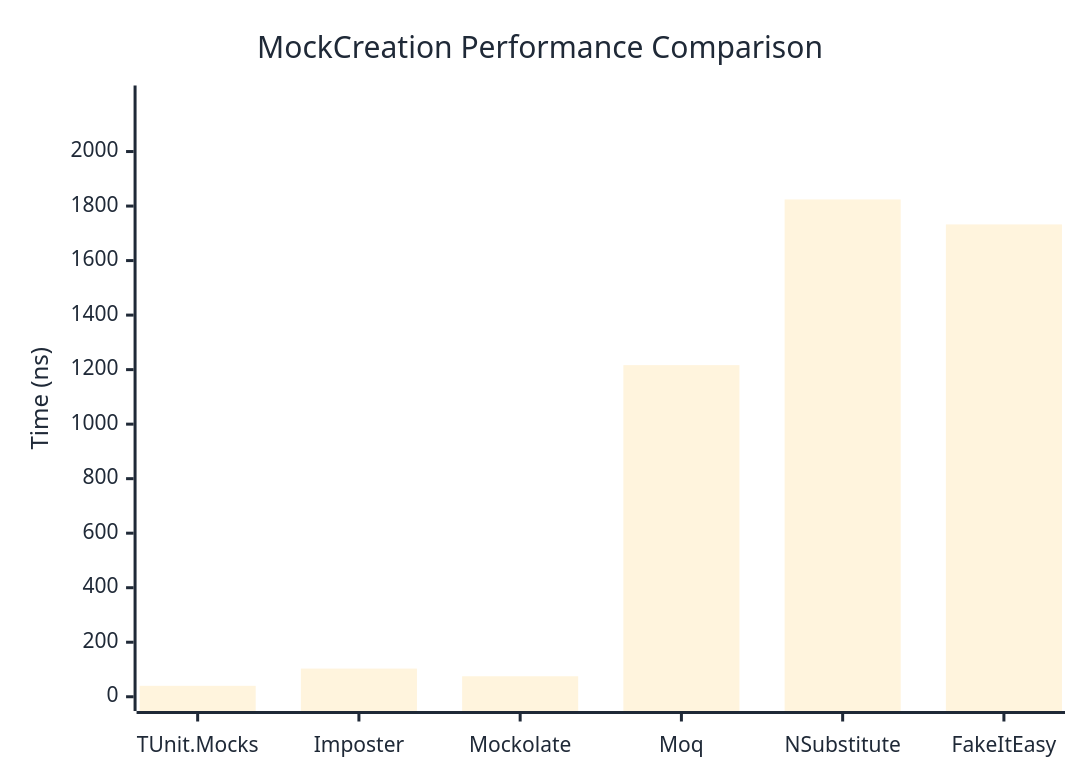
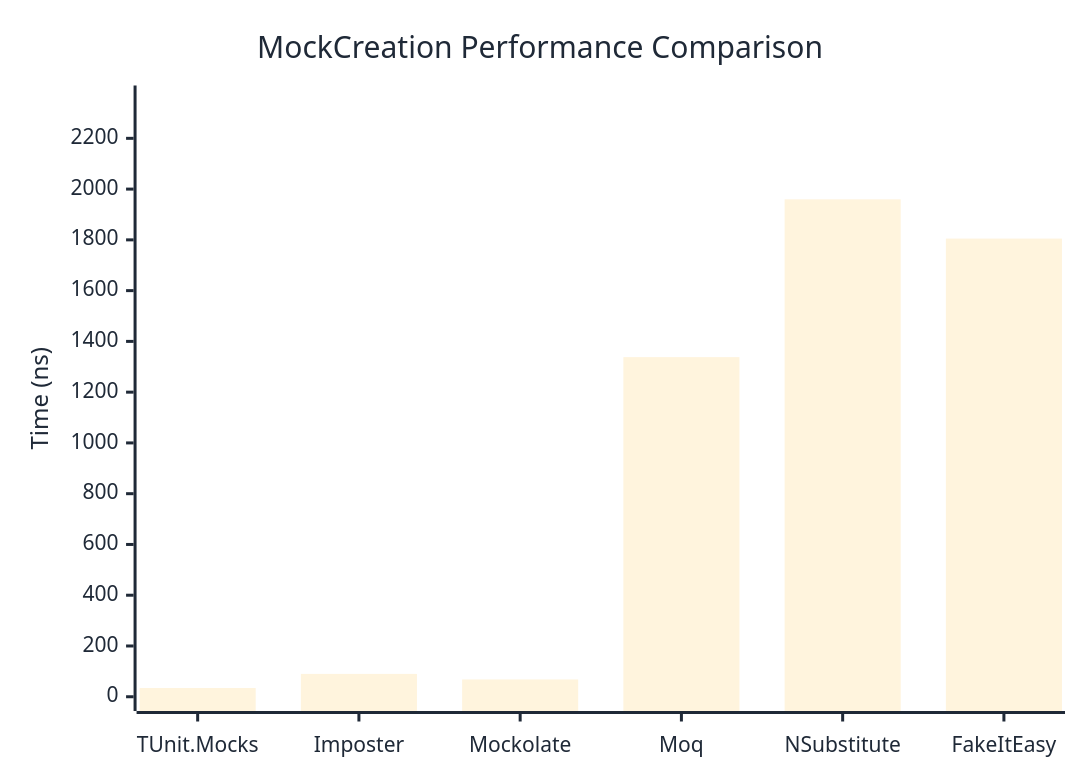
The first of 2 diagrams in docs/docs/benchmarks/mocks/MockCreation.md (thomhurst/TUnit), drawn with Mermaid before and after one commit. The commit also changed other lines of this file and 14 other files, not shown here.

````diff
--- a/docs/docs/benchmarks/mocks/MockCreation.md
+++ b/docs/docs/benchmarks/mocks/MockCreation.md
@@ -28,27 +28,27 @@
 ```mermaid
 %%{init: {
   'theme':'base',
   'themeVariables': {
     'primaryColor': '#2563eb',
     'primaryTextColor': '#1f2937',
     'primaryBorderColor': '#1e40af',
     'lineColor': '#6b7280',
     'secondaryColor': '#7c3aed',
     'tertiaryColor': '#dc2626',
     'background': '#ffffff',
     'pie1': '#2563eb',
     'pie2': '#7c3aed',
     'pie3': '#dc2626',
     'pie4': '#f59e0b',
     'pie5': '#10b981',
     'pie6': '#06b6d4',
     'pie7': '#ec4899',
     'pie8': '#6366f1'
   }
 }}%%
 xychart-beta
   title "MockCreation Performance Comparison"
   x-axis ["TUnit.Mocks", "Imposter", "Mockolate", "Moq", "NSubstitute", "FakeItEasy"]
-  y-axis "Time (ns)" 0 --> 2190
-  bar [40.14, 103.32, 75.18, 1216.44, 1824.22, 1732.69]
+  y-axis "Time (ns)" 0 --> 2352
+  bar [34.4, 89.96, 68.13, 1337.96, 1959.69, 1805.04]
 ```
````
